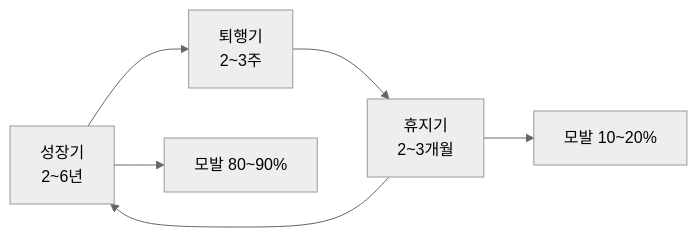
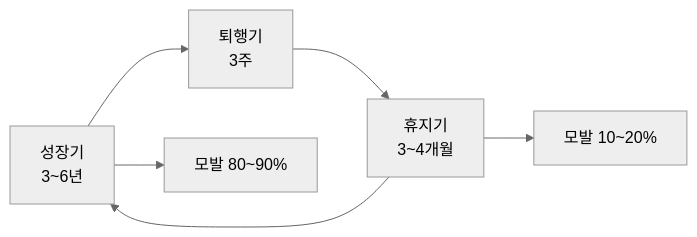
One commit to skygoldlee-cyber/Personalized_Skincare changed the fourth of 6 diagrams in content/참조자료/과목4/4과목_핵심정리_40문항.md. Above: the diagram before and after it, drawn with Mermaid (neutral theme). The commit also changed other lines of this file and 4 other files, not shown here.

````diff
--- a/content/참조자료/과목4/4과목_핵심정리_40문항.md
+++ b/content/참조자료/과목4/4과목_핵심정리_40문항.md
@@ -83,8 +83,8 @@
 ```mermaid
 flowchart LR
-  A[성장기<br/>2~6년] --> B[퇴행기<br/>2~3주]
-  B --> C[휴지기<br/>2~3개월]
+  A[성장기<br/>3~6년] --> B[퇴행기<br/>3주]
+  B --> C[휴지기<br/>3~4개월]
   C --> A
   A --> A1[모발 80~90%]
   C --> C1[모발 10~20%]
 ```
````
